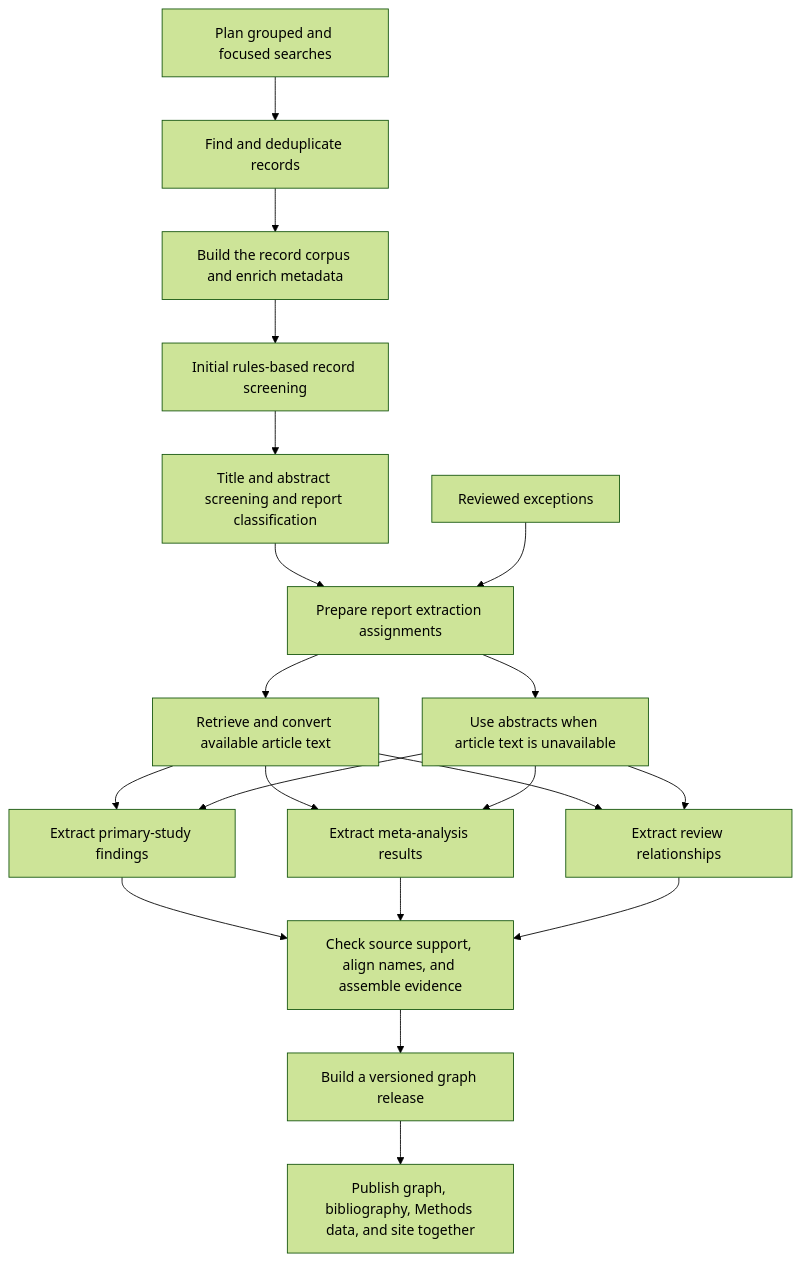
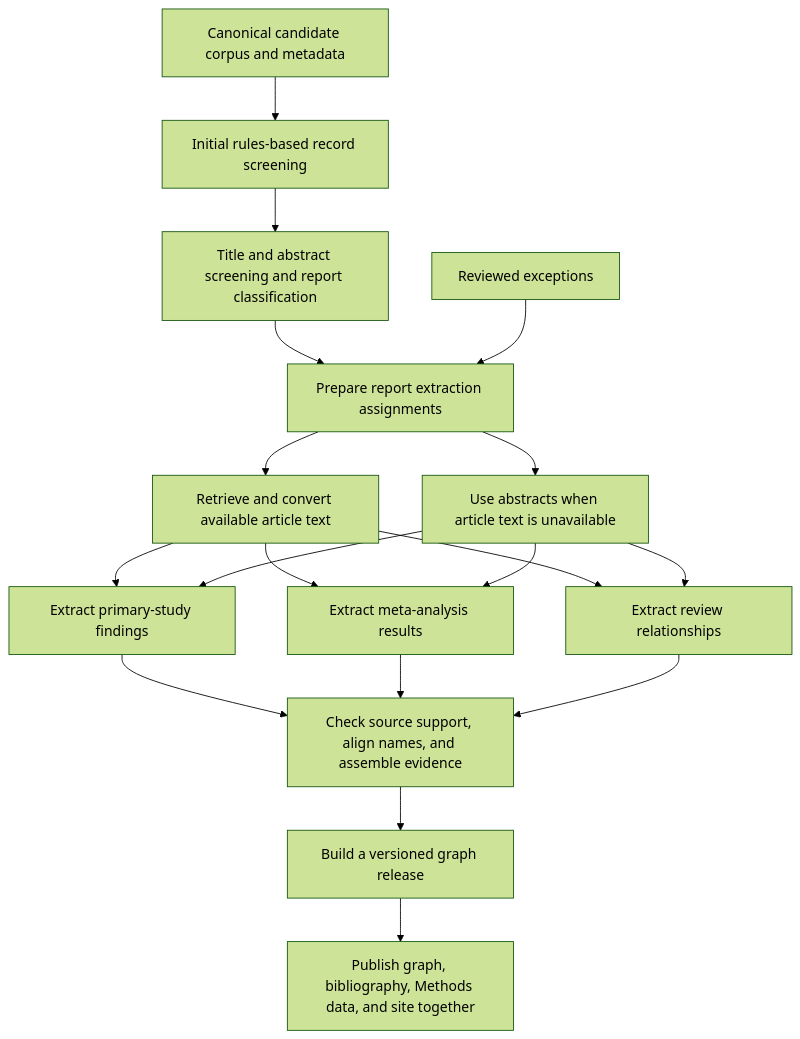
The diagram in pipeline/README.md (povilaskarvelis/psychedelics_knowledge_graph), drawn with Mermaid (forest theme) before and after one commit. The commit also changed other lines of this file and 91 other files, not shown here.

````diff
--- a/pipeline/README.md
+++ b/pipeline/README.md
@@ -14,22 +15,21 @@
 ```mermaid
 flowchart TD
-  A["Plan grouped and focused searches"] --> B["Find and deduplicate records"]
-  B --> C["Build the record corpus and enrich metadata"]
+  C["Canonical candidate corpus and metadata"]
   C --> D["Initial rules-based record screening"]
   D --> E["Title and abstract screening and report classification"]
   E --> F["Prepare report extraction assignments"]
   G["Reviewed exceptions"] --> F
   F --> H["Retrieve and convert available article text"]
   F --> I["Use abstracts when article text is unavailable"]
   H --> J["Extract primary-study findings"]
   H --> K["Extract meta-analysis results"]
   H --> L["Extract review relationships"]
   I --> J
   I --> K
   I --> L
   J --> M["Check source support, align names, and assemble evidence"]
   K --> M
   L --> M
   M --> N["Build a versioned graph release"]
   N --> O["Publish graph, bibliography, Methods data, and site together"]
 ```
````
